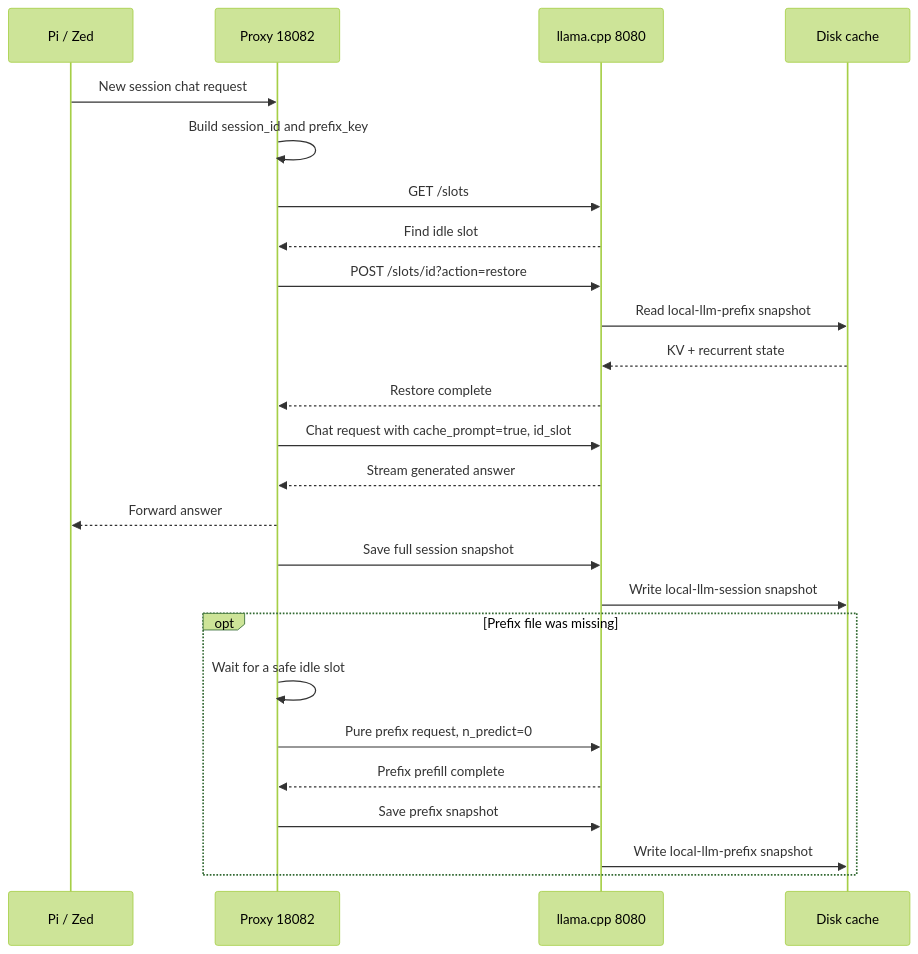
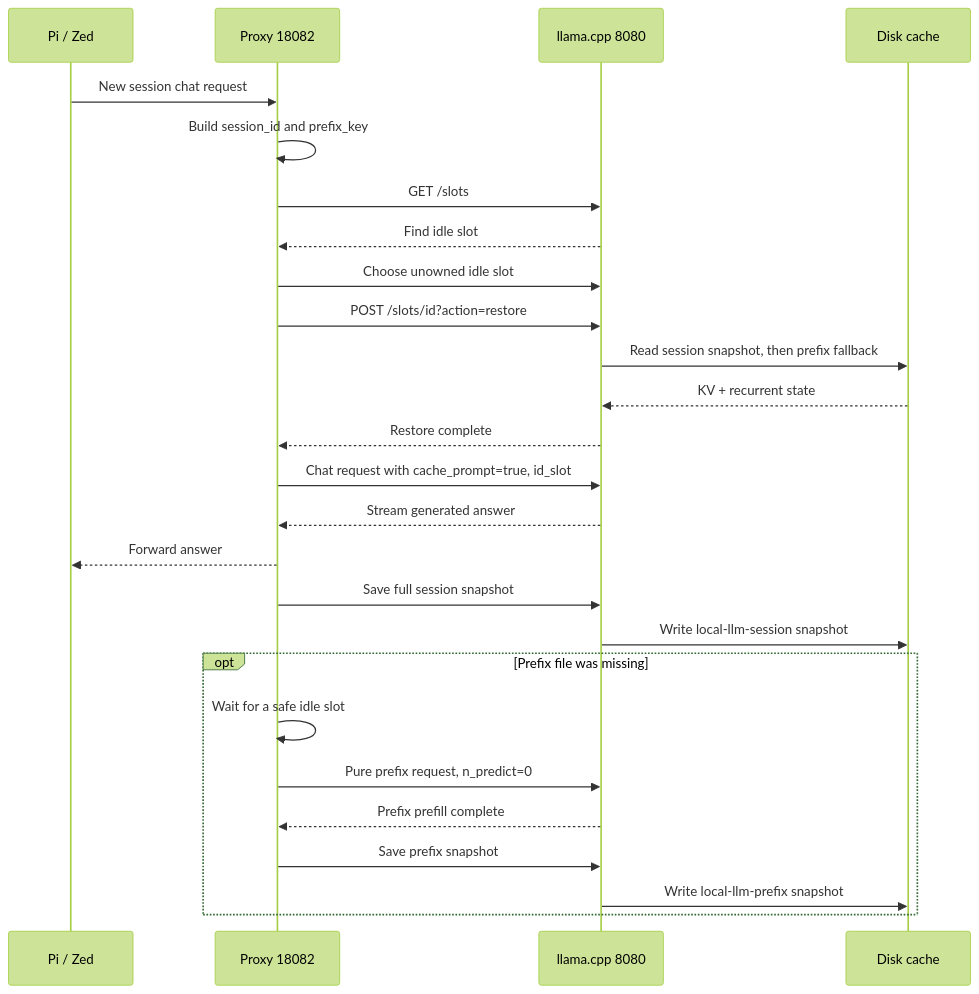
One commit to xqliu/local-llm-kv-cache changed the fifth of 8 diagrams in DESIGN.md. Above: the diagram before and after it, drawn with Mermaid (forest theme). The commit also changed other lines of this file and 3 other files, not shown here.

```diff
--- a/DESIGN.md
+++ b/DESIGN.md
@@ -217,29 +215,30 @@
 ~~~mermaid
 sequenceDiagram
     participant C as Pi / Zed
     participant P as Proxy 18082
     participant L as llama.cpp 8080
     participant D as Disk cache
 
     C->>P: New session chat request
     P->>P: Build session_id and prefix_key
     P->>L: GET /slots
     L-->>P: Find idle slot
+    P->>L: Choose unowned idle slot
     P->>L: POST /slots/id?action=restore
-    L->>D: Read local-llm-prefix snapshot
+    L->>D: Read session snapshot, then prefix fallback
     D-->>L: KV + recurrent state
     L-->>P: Restore complete
     P->>L: Chat request with cache_prompt=true, id_slot
     L-->>P: Stream generated answer
     P-->>C: Forward answer
     P->>L: Save full session snapshot
     L->>D: Write local-llm-session snapshot
 
     opt Prefix file was missing
         P->>P: Wait for a safe idle slot
         P->>L: Pure prefix request, n_predict=0
         L-->>P: Prefix prefill complete
         P->>L: Save prefix snapshot
         L->>D: Write local-llm-prefix snapshot
     end
 ~~~
```
